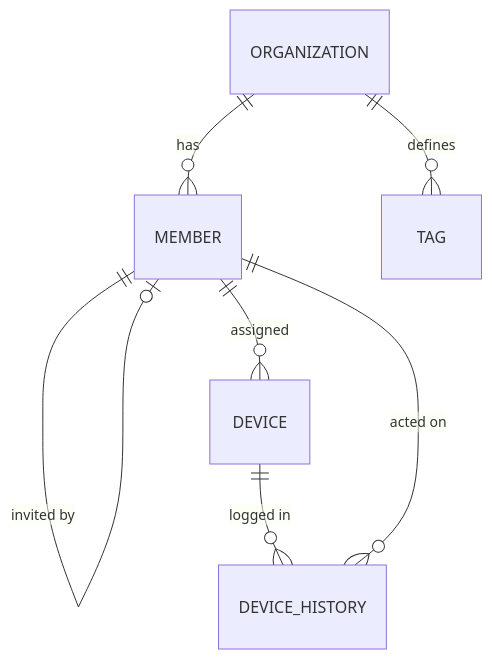
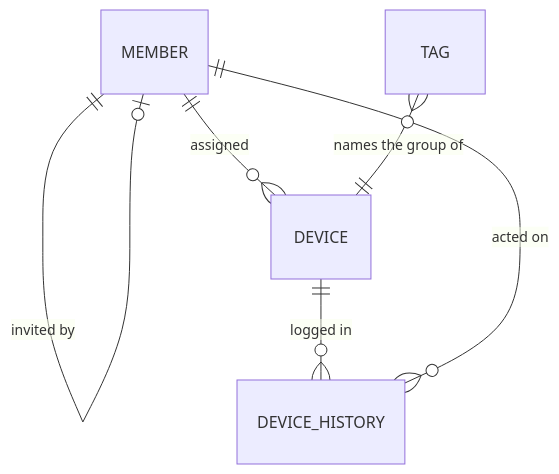
Before and after one commit to explore-de/Treasure: the diagram in README.md, drawn with Mermaid. The commit also changed other lines of this file and 5 other files, not shown here.

````diff
--- a/README.md
+++ b/README.md
@@ -80,9 +78,8 @@
 ```mermaid
 erDiagram
-    ORGANIZATION ||--o{ MEMBER : "has"
-    ORGANIZATION ||--o{ TAG : "defines"
     MEMBER ||--o| MEMBER : "invited by"
     MEMBER ||--o{ DEVICE : "assigned"
     DEVICE ||--o{ DEVICE_HISTORY : "logged in"
     MEMBER ||--o{ DEVICE_HISTORY : "acted on"
+    TAG }o--|| DEVICE : "names the group of"
 ```
````
